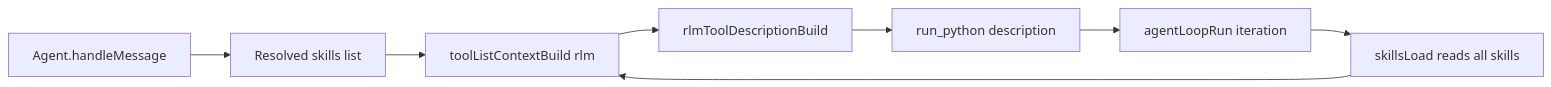
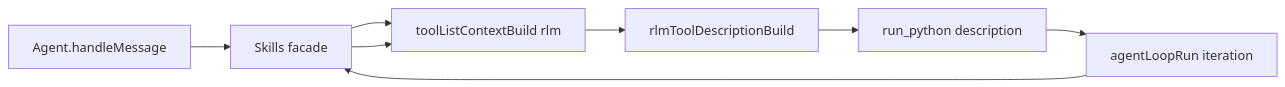
Before and after one commit to ex3ndr/daycare: the third of 3 diagrams in doc/internals/skills.md, drawn with Mermaid. The commit also changed other lines of this file and 4 other files, not shown here.

Commit message:
refactor(skills): load skill list in agent loop via facade

````diff
--- a/doc/internals/skills.md
+++ b/doc/internals/skills.md
@@ -100,10 +102,10 @@
 ```mermaid
 flowchart LR
-  Agent[Agent.handleMessage] --> Skills[Resolved skills list]
-  Skills --> ToolList[toolListContextBuild rlm]
+  Agent[Agent.handleMessage] --> SkillsFacade[Skills facade]
+  SkillsFacade --> ToolList[toolListContextBuild rlm]
   ToolList --> Desc[rlmToolDescriptionBuild]
   Desc --> Python[run_python description]
   Python --> Loop[agentLoopRun iteration]
-  Loop --> Read[skillsLoad reads all skills]
-  Read --> ToolList
+  Loop --> SkillsFacade
+  SkillsFacade --> ToolList
 ```
````
